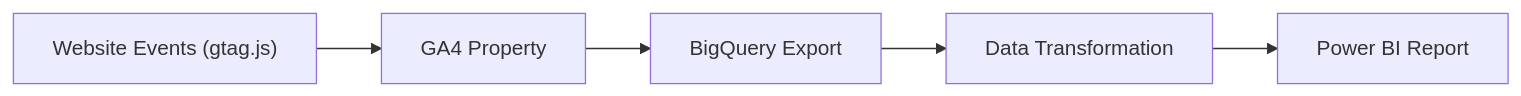
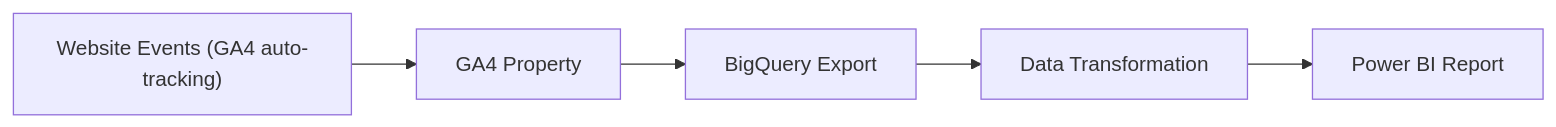
Before and after one commit to PeterSVenton/portfolio: the third of 4 diagrams in src/app/md-pages/projects/personal-portfolio.mdx, drawn with Mermaid. The commit also changed other lines of this file, not shown here.

````diff
--- a/src/app/md-pages/projects/personal-portfolio.mdx
+++ b/src/app/md-pages/projects/personal-portfolio.mdx
@@ -401,7 +404,7 @@
 ```mermaid
 graph LR
-  A["Website Events (gtag.js)"] --> B["GA4 Property"]
+  A["Website Events (GA4 auto-tracking)"] --> B["GA4 Property"]
   B --> C["BigQuery Export"]
   C --> D["Data Transformation"]
   D --> E["Power BI Report"]
 ```
````
